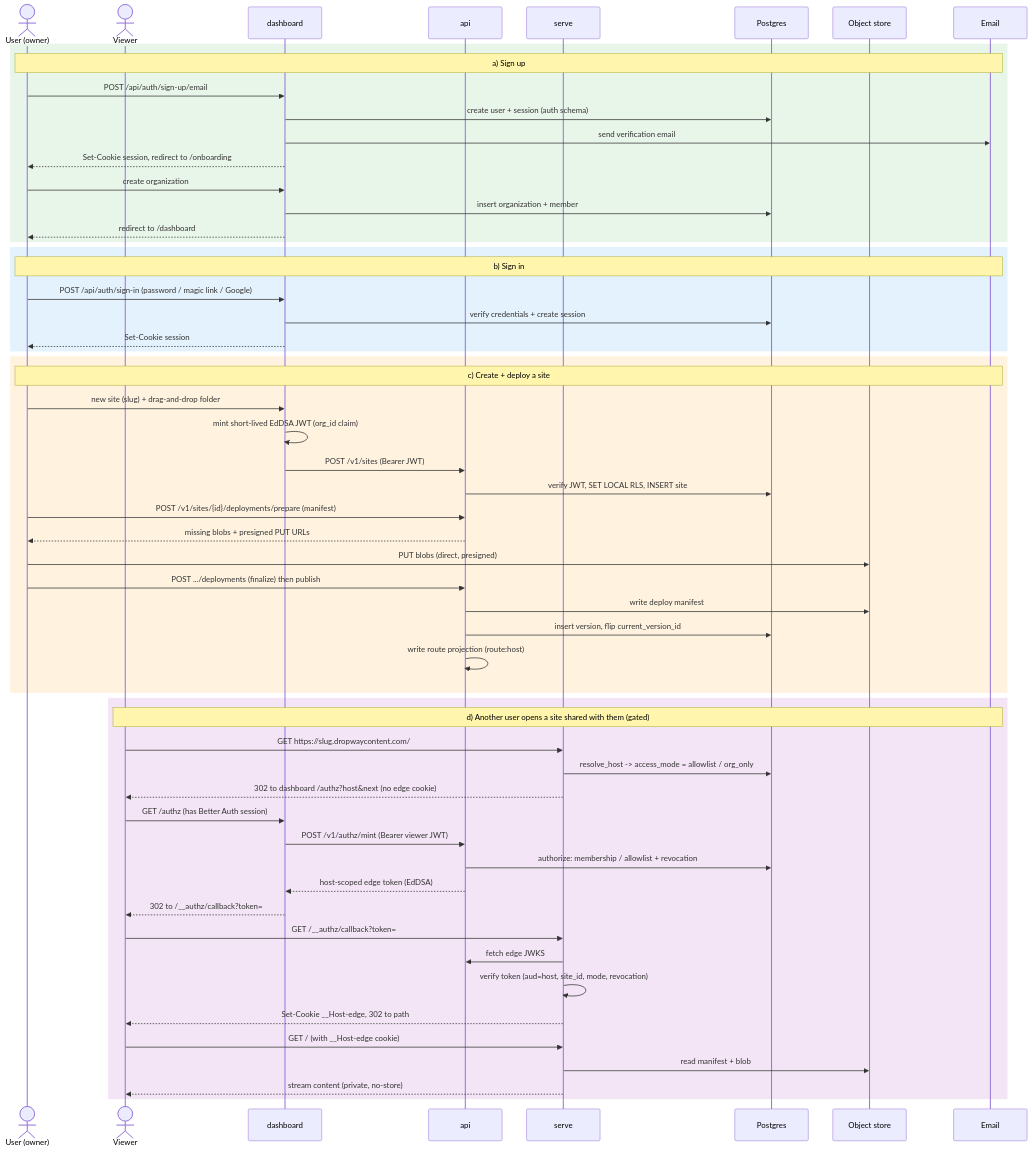
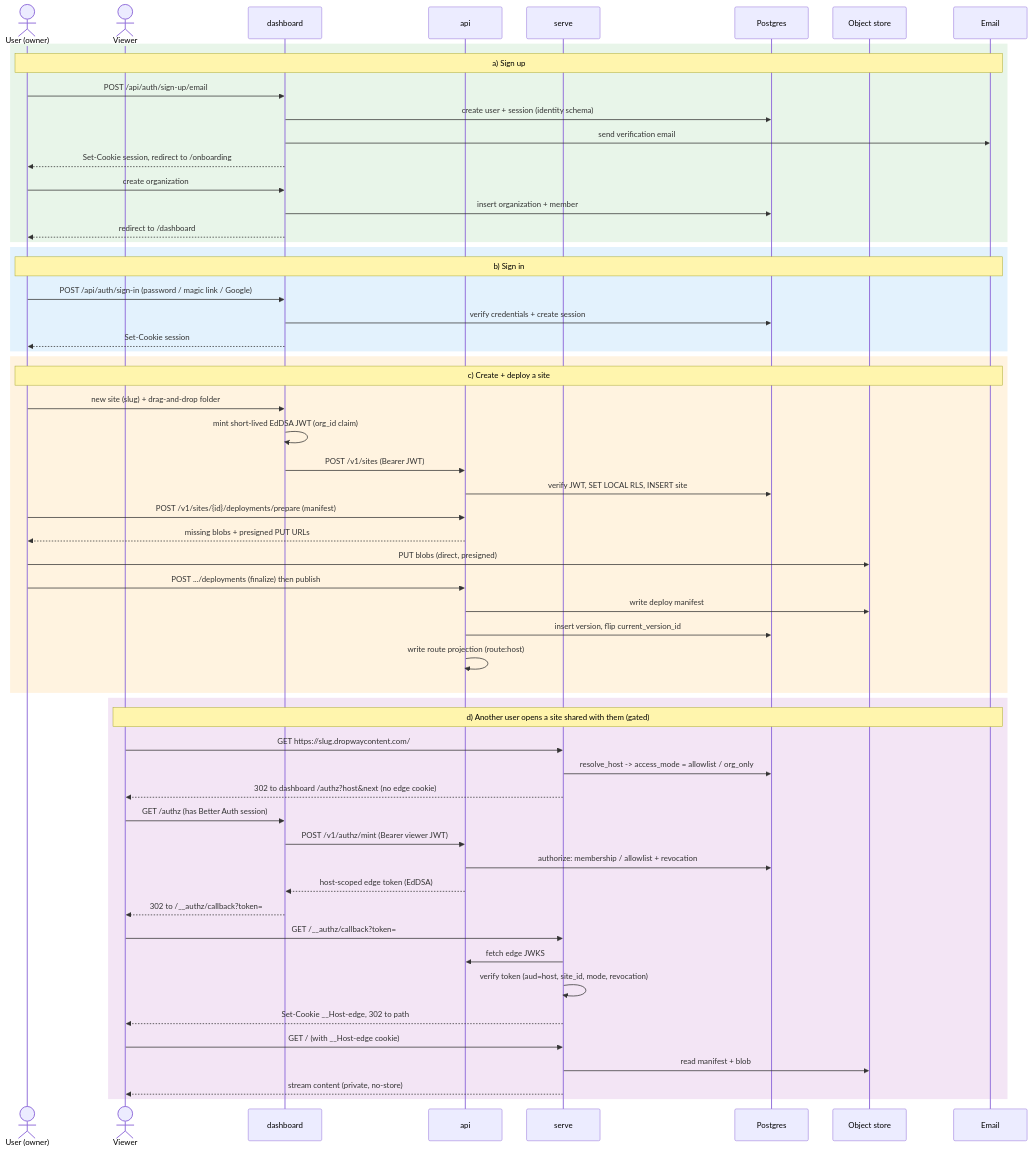
One commit to danielpang/dropway changed the second of 2 diagrams in docs/diagrams/README.md. Above: the diagram before and after it, drawn with Mermaid. The commit also changed other lines of this file and 46 other files, not shown here.

First line of the commit message:
refactor(db): rename Better Auth schema auth→identity + squash app migrations

````diff
--- a/docs/diagrams/README.md
+++ b/docs/diagrams/README.md
@@ -68,63 +68,63 @@
 ```mermaid
 sequenceDiagram
   actor U as User (owner)
   actor V as Viewer
   participant D as dashboard
   participant A as api
   participant S as serve
   participant PG as Postgres
   participant OS as Object store
   participant M as Email
 
   rect rgb(232,245,233)
     note over U,M: a) Sign up
     U->>D: POST /api/auth/sign-up/email
-    D->>PG: create user + session (auth schema)
+    D->>PG: create user + session (identity schema)
     D->>M: send verification email
     D-->>U: Set-Cookie session, redirect to /onboarding
     U->>D: create organization
     D->>PG: insert organization + member
     D-->>U: redirect to /dashboard
   end
 
   rect rgb(227,242,253)
     note over U,M: b) Sign in
     U->>D: POST /api/auth/sign-in (password / magic link / Google)
     D->>PG: verify credentials + create session
     D-->>U: Set-Cookie session
   end
 
   rect rgb(255,243,224)
     note over U,M: c) Create + deploy a site
     U->>D: new site (slug) + drag-and-drop folder
     D->>D: mint short-lived EdDSA JWT (org_id claim)
     D->>A: POST /v1/sites (Bearer JWT)
     A->>PG: verify JWT, SET LOCAL RLS, INSERT site
     U->>A: POST /v1/sites/{id}/deployments/prepare (manifest)
     A-->>U: missing blobs + presigned PUT URLs
     U->>OS: PUT blobs (direct, presigned)
     U->>A: POST .../deployments (finalize) then publish
     A->>OS: write deploy manifest
     A->>PG: insert version, flip current_version_id
     A->>A: write route projection (route:host)
   end
 
   rect rgb(243,229,245)
     note over V,M: d) Another user opens a site shared with them (gated)
     V->>S: GET https://slug.dropwaycontent.com/
     S->>PG: resolve_host -> access_mode = allowlist / org_only
     S-->>V: 302 to dashboard /authz?host&next (no edge cookie)
     V->>D: GET /authz (has Better Auth session)
     D->>A: POST /v1/authz/mint (Bearer viewer JWT)
     A->>PG: authorize: membership / allowlist + revocation
     A-->>D: host-scoped edge token (EdDSA)
     D-->>V: 302 to /__authz/callback?token=
     V->>S: GET /__authz/callback?token=
     S->>A: fetch edge JWKS
     S->>S: verify token (aud=host, site_id, mode, revocation)
     S-->>V: Set-Cookie __Host-edge, 302 to path
     V->>S: GET / (with __Host-edge cookie)
     S->>OS: read manifest + blob
     S-->>V: stream content (private, no-store)
   end
 ```
````
